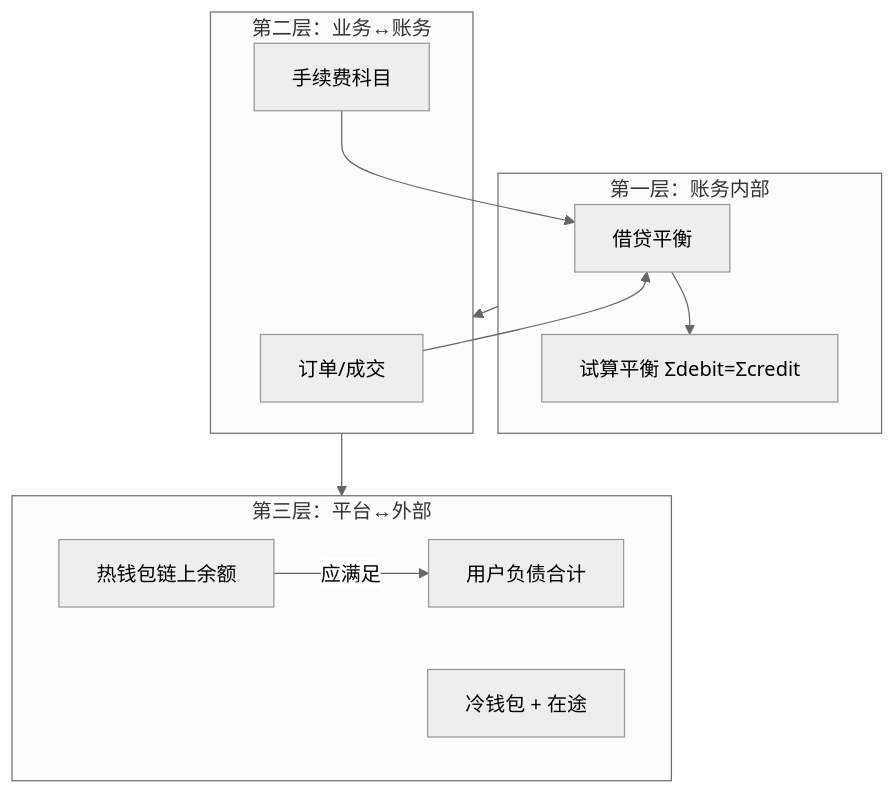
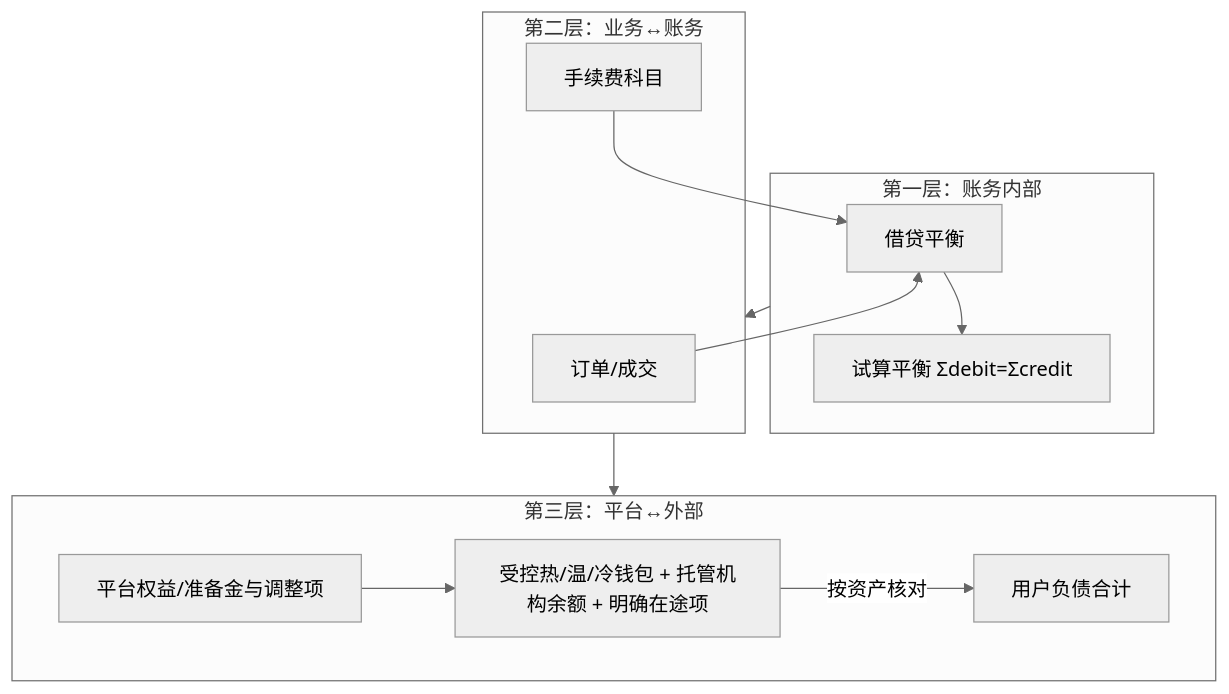
Before and after one commit to twodog-tt/Golang-development-manual: the second of 3 diagrams in docs/interview/14-dex-cex-engineering/S-EXCH-15-settlement-ha-disaster-recovery.md, drawn with Mermaid (neutral theme). The commit also changed other lines of this file and 438 other files, not shown here.

````diff
--- a/docs/interview/14-dex-cex-engineering/S-EXCH-15-settlement-ha-disaster-recovery.md
+++ b/docs/interview/14-dex-cex-engineering/S-EXCH-15-settlement-ha-disaster-recovery.md
@@ -58,17 +62,18 @@
 ```mermaid
 flowchart TB
   subgraph L1[第一层：账务内部]
     J[借贷平衡] --> T[试算平衡 Σdebit=Σcredit]
   end
   subgraph L2[第二层：业务↔账务]
     OMS[订单/成交] --> J
     Fee[手续费科目] --> J
   end
   subgraph L3[第三层：平台↔外部]
-    Hot[热钱包链上余额]
+    Assets[受控热/温/冷钱包 + 托管机构余额 + 明确在途项]
     UserLiab[用户负债合计]
-    Hot -->|应满足| UserLiab
-    Cold[冷钱包 + 在途]
+    Equity[平台权益/准备金与调整项]
+    Assets -->|按资产核对| UserLiab
+    Equity --> Assets
   end
   L1 --> L2 --> L3
 ```
````
